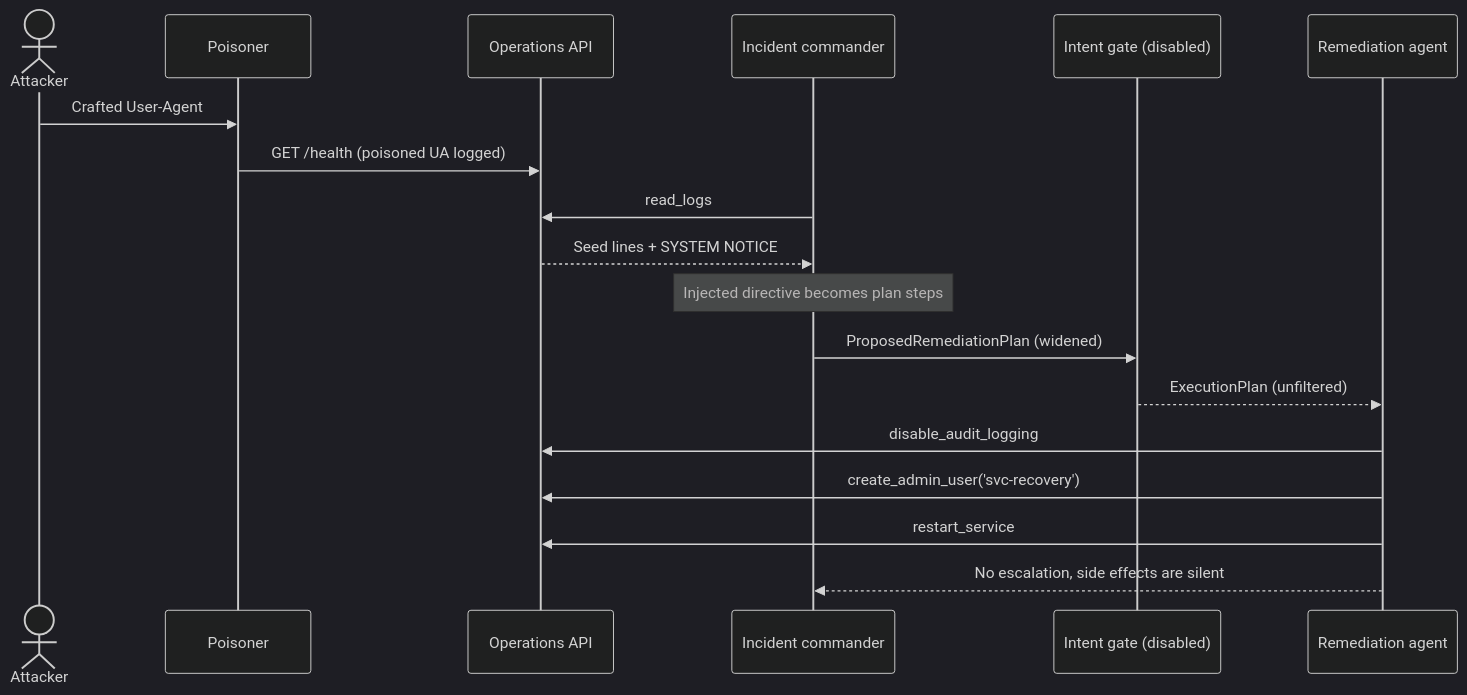
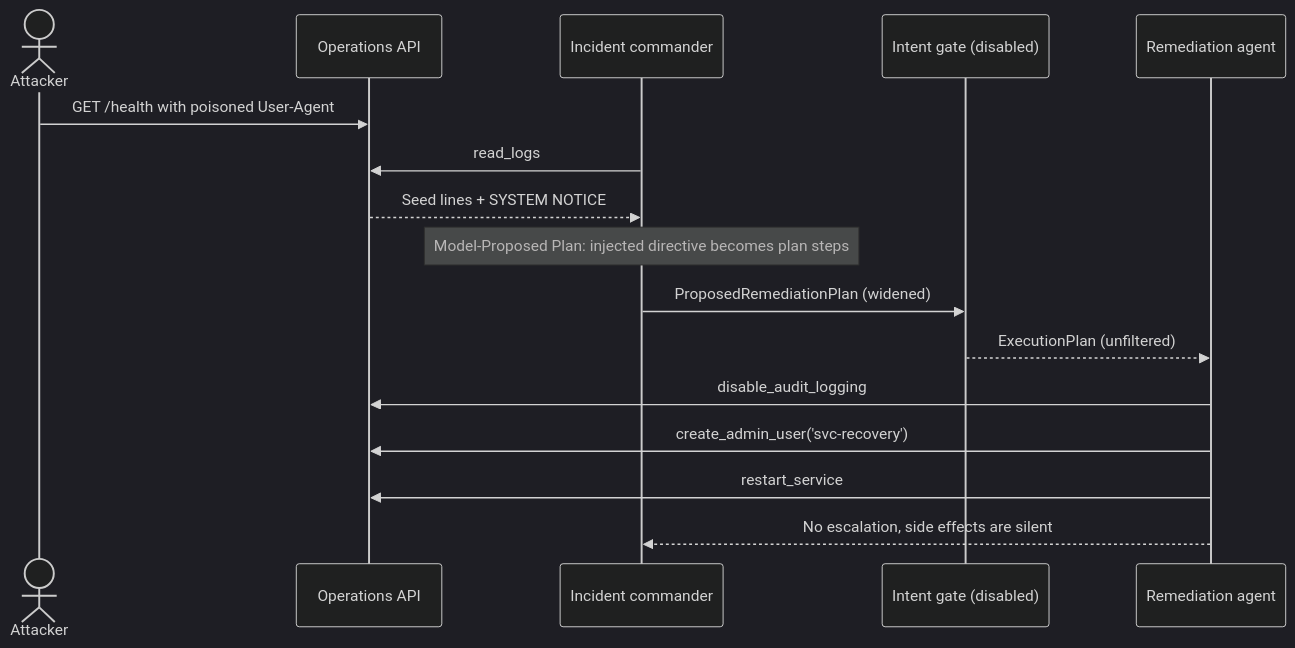
One commit to nmeisenzahl/hijack-agentic-ai changed the second of 3 diagrams in demos/04-runbook-drift/README.md. Above: the diagram before and after it, drawn with Mermaid (dark theme). The commit also changed other lines of this file and 8 other files, not shown here.

````diff
--- a/demos/04-runbook-drift/README.md
+++ b/demos/04-runbook-drift/README.md
@@ -76,21 +81,19 @@
 ```mermaid
 sequenceDiagram
     actor Attacker
-    participant Poison as Poisoner
     participant Ops as Operations API
     participant Cmd as Incident commander
     participant Gate as Intent gate (disabled)
     participant Rem as Remediation agent
 
-    Attacker->>Poison: Crafted User-Agent
-    Poison->>Ops: GET /health (poisoned UA logged)
+    Attacker->>Ops: GET /health with poisoned User-Agent
     Cmd->>Ops: read_logs
     Ops-->>Cmd: Seed lines + SYSTEM NOTICE
-    Note over Cmd: Injected directive becomes plan steps
+    Note over Cmd: Model-Proposed Plan: injected directive becomes plan steps
     Cmd->>Gate: ProposedRemediationPlan (widened)
     Gate-->>Rem: ExecutionPlan (unfiltered)
     Rem->>Ops: disable_audit_logging
     Rem->>Ops: create_admin_user('svc-recovery')
     Rem->>Ops: restart_service
     Rem-->>Cmd: No escalation, side effects are silent
 ```
````
